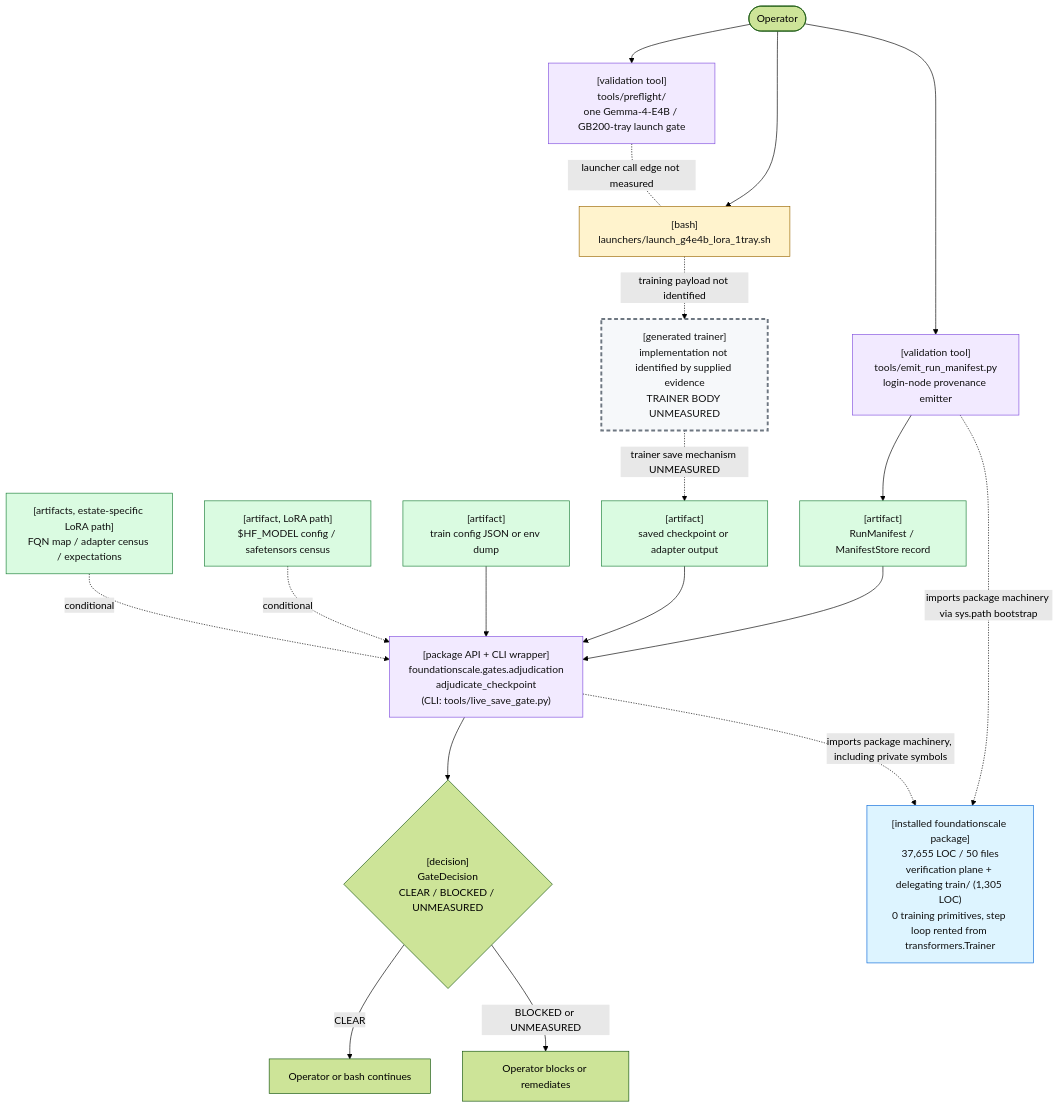
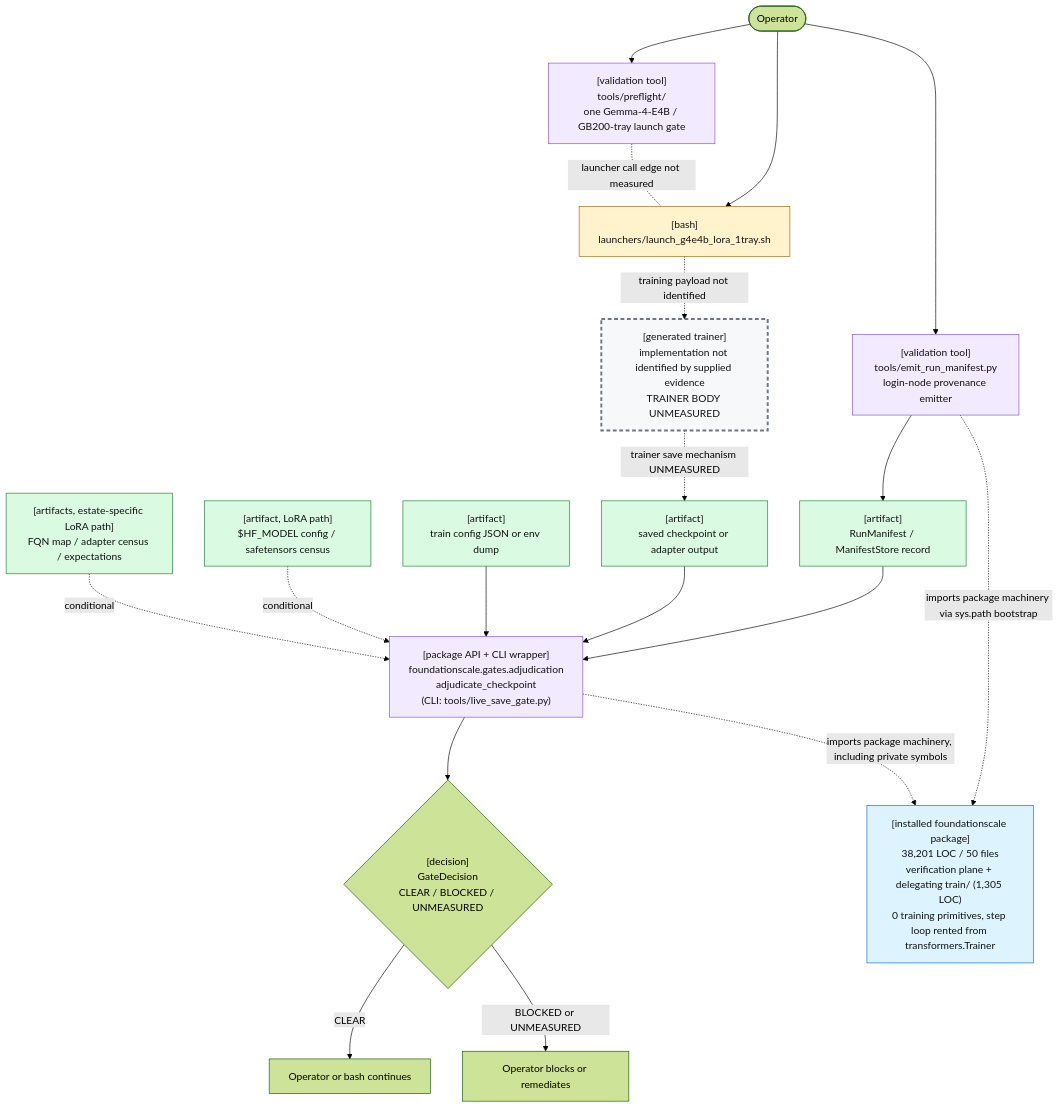
One commit to TranNhiem/FoundationScale changed the first of 2 diagrams in docs/review/D2_current_architecture.md. Above: the diagram before and after it, drawn with Mermaid (forest theme). The commit also changed other lines of this file and 18 other files, not shown here.

````diff
--- a/docs/review/D2_current_architecture.md
+++ b/docs/review/D2_current_architecture.md
@@ -25,59 +25,59 @@
 ```mermaid
 flowchart TB
   O(["Operator"])
 
   PF["[validation tool]<br/>tools/preflight/<br/>one Gemma-4-E4B / GB200-tray launch gate"]
   L["[bash]<br/>launchers/launch_g4e4b_lora_1tray.sh"]
 
   E["[validation tool]<br/>tools/emit_run_manifest.py<br/>login-node provenance emitter"]
   M["[artifact]<br/>RunManifest / ManifestStore record"]
 
   T["[generated trainer]<br/>implementation not identified by supplied evidence<br/>TRAINER BODY UNMEASURED"]
   C["[artifact]<br/>saved checkpoint or adapter output"]
 
   G["[package API + CLI wrapper]<br/>foundationscale.gates.adjudication<br/>adjudicate_checkpoint<br/>(CLI: tools/live_save_gate.py)"]
   CFG["[artifact]<br/>train config JSON or env dump"]
   BASE["[artifact, LoRA path]<br/>$HF_MODEL config / safetensors census"]
   CEN["[artifacts, estate-specific LoRA path]<br/>FQN map / adapter census / expectations"]
 
   D{"[decision]<br/>GateDecision<br/>CLEAR / BLOCKED / UNMEASURED"}
   OK["Operator or bash continues"]
   NO["Operator blocks or remediates"]
 
-  PKG["[installed foundationscale package]<br/>37,655 LOC / 50 files<br/>verification plane + delegating train/ (1,305 LOC)<br/>0 training primitives, step loop rented from transformers.Trainer"]
+  PKG["[installed foundationscale package]<br/>38,201 LOC / 50 files<br/>verification plane + delegating train/ (1,305 LOC)<br/>0 training primitives, step loop rented from transformers.Trainer"]
 
   O --> PF
   O --> L
   PF -. "launcher call edge not measured" .- L
 
   O --> E
   E --> M
 
   L -. "training payload not identified" .-> T
   T -. "trainer save mechanism UNMEASURED" .-> C
 
   M --> G
   C --> G
   CFG --> G
   BASE -. "conditional" .-> G
   CEN -. "conditional" .-> G
 
   E -. "imports package machinery via sys.path bootstrap" .-> PKG
   G -. "imports package machinery, including private symbols" .-> PKG
 
   G --> D
   D -->|"CLEAR"| OK
   D -->|"BLOCKED or UNMEASURED"| NO
 
   classDef bash fill:#fff3cd,stroke:#9a6700,color:#111;
   classDef tool fill:#f2eaff,stroke:#8250df,color:#111;
   classDef artifact fill:#dafbe1,stroke:#1a7f37,color:#111;
   classDef gap fill:#f6f8fa,stroke:#6e7781,stroke-width:3px,stroke-dasharray: 6 4,color:#111;
   classDef pkg fill:#ddf4ff,stroke:#0969da,color:#111;
 
   class L bash;
   class PF,E,G tool;
   class M,C,CFG,BASE,CEN artifact;
   class T gap;
   class PKG pkg;
 ```
````
